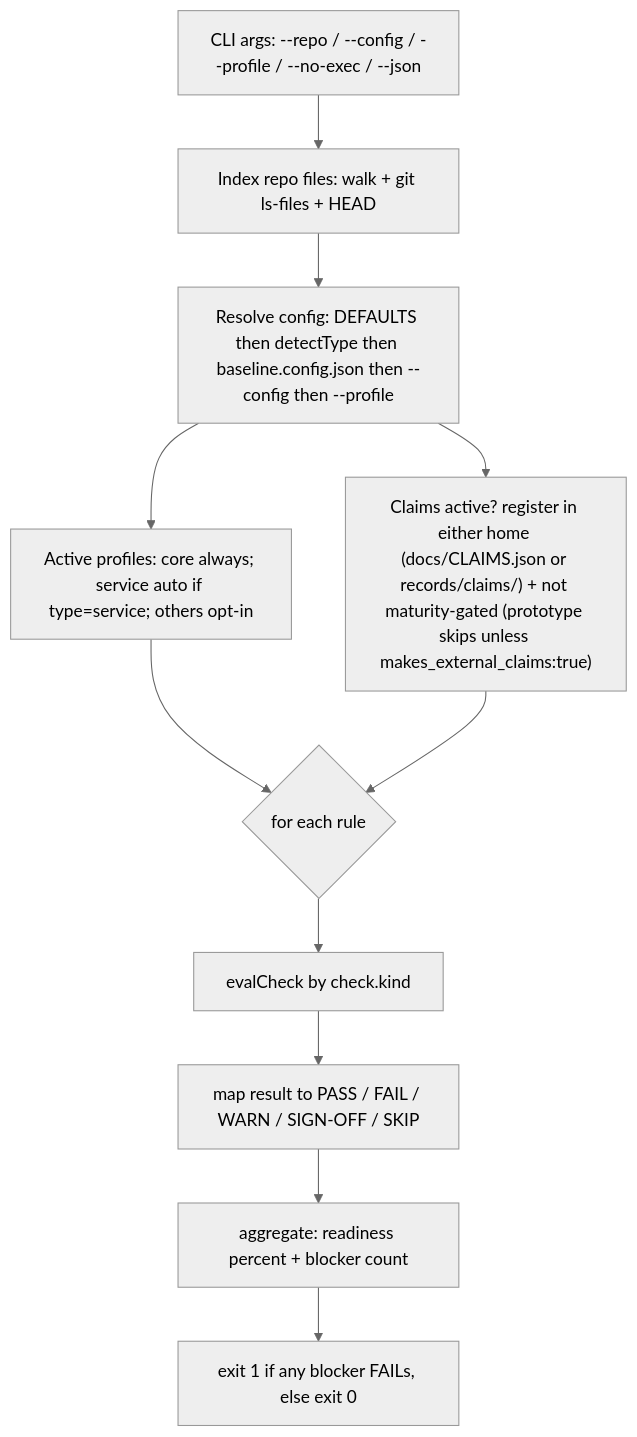
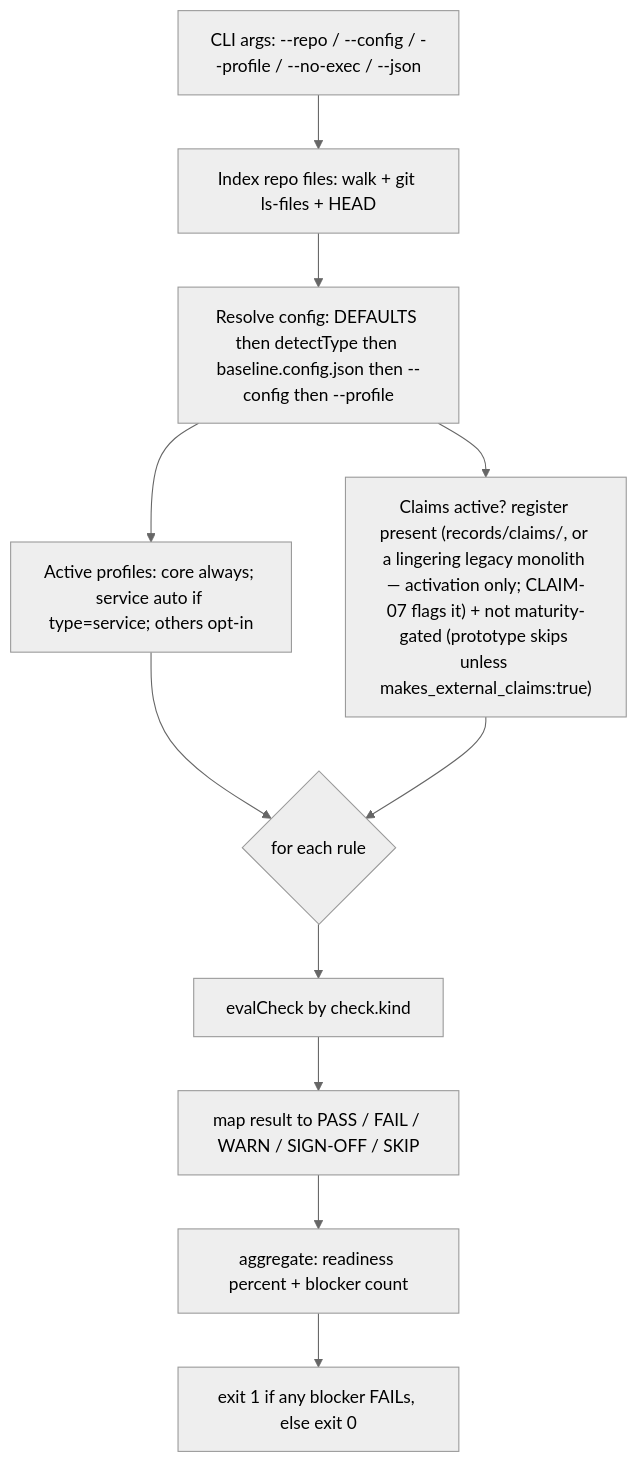
One commit to AdarGit008/baseline-demo changed the second of 3 diagrams in tools/baseline/REFERENCE.md. Above: the diagram before and after it, drawn with Mermaid (neutral theme). The commit also changed other lines of this file and 46 other files, not shown here.

````diff
--- a/tools/baseline/REFERENCE.md
+++ b/tools/baseline/REFERENCE.md
@@ -73,13 +73,13 @@
 ```mermaid
 flowchart TD
   A["CLI args: --repo / --config / --profile / --no-exec / --json"] --> B["Index repo files: walk + git ls-files + HEAD"]
   B --> C["Resolve config: DEFAULTS then detectType then baseline.config.json then --config then --profile"]
   C --> D["Active profiles: core always; service auto if type=service; others opt-in"]
-  C --> E["Claims active? register in either home (docs/CLAIMS.json or records/claims/) + not maturity-gated (prototype skips unless makes_external_claims:true)"]
+  C --> E["Claims active? register present (records/claims/, or a lingering legacy monolith — activation only; CLAIM-07 flags it) + not maturity-gated (prototype skips unless makes_external_claims:true)"]
   D --> F{"for each rule"}
   E --> F
   F --> G["evalCheck by check.kind"]
   G --> H["map result to PASS / FAIL / WARN / SIGN-OFF / SKIP"]
   H --> I["aggregate: readiness percent + blocker count"]
   I --> J["exit 1 if any blocker FAILs, else exit 0"]
 ```
````
